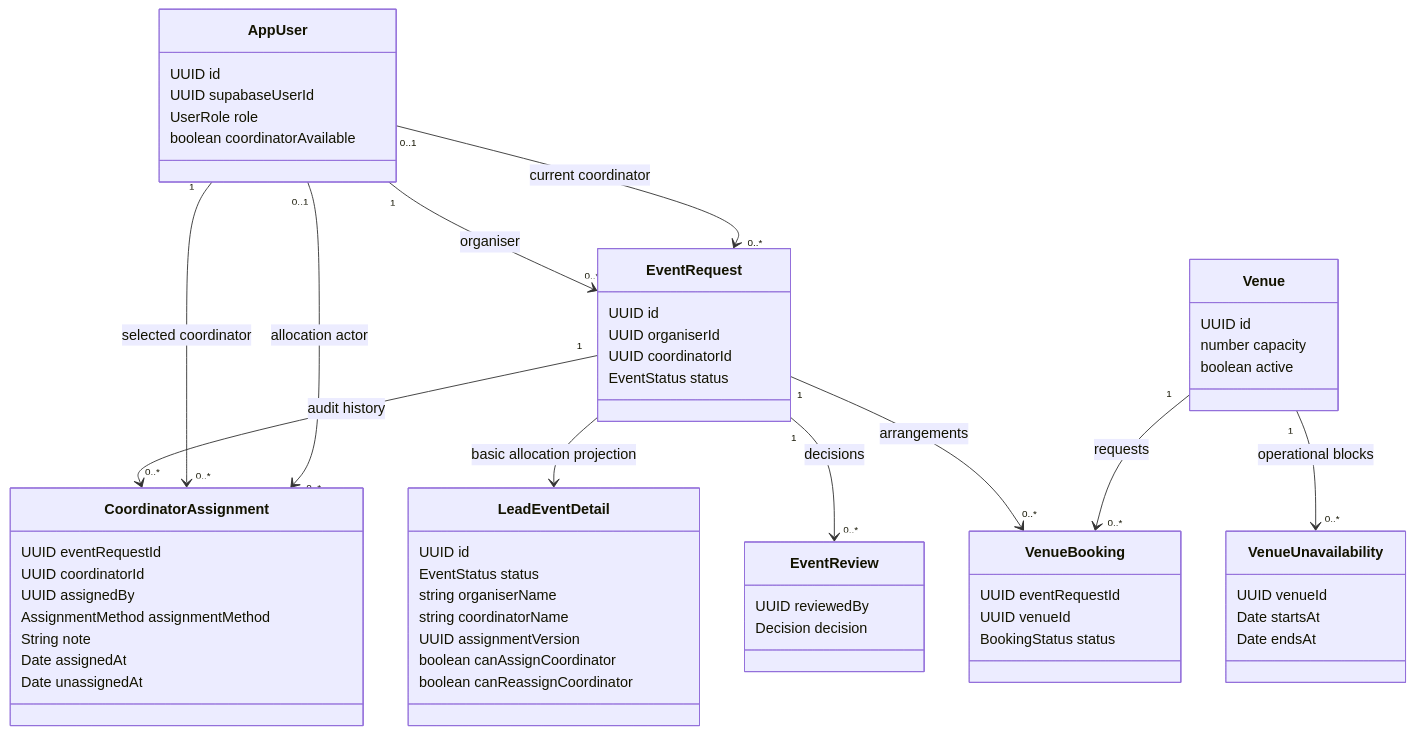
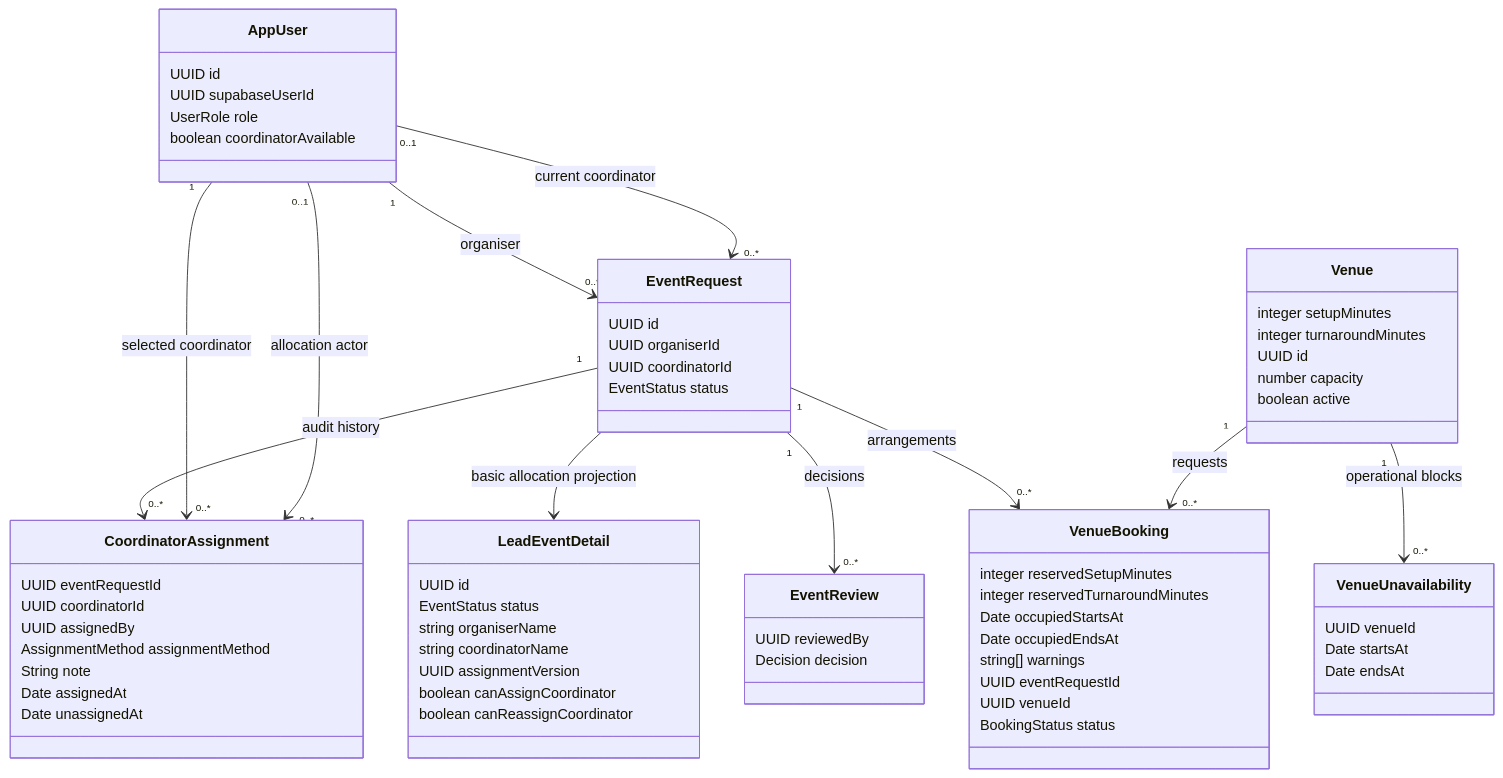
Before and after one commit to MochaLxtte/ConnectSphere: the fourth of 7 diagrams in docs/architecture/README.md, drawn with Mermaid. The commit also changed other lines of this file and 20 other files, not shown here.

````diff
--- a/docs/architecture/README.md
+++ b/docs/architecture/README.md
@@ -110,62 +110,69 @@
 ```mermaid
 classDiagram
   class AppUser {
     UUID id
     UUID supabaseUserId
     UserRole role
     boolean coordinatorAvailable
   }
   class EventRequest {
     UUID id
     UUID organiserId
     UUID coordinatorId
     EventStatus status
   }
   class CoordinatorAssignment {
     UUID eventRequestId
     UUID coordinatorId
     UUID assignedBy
     AssignmentMethod assignmentMethod
     String note
     Date assignedAt
     Date unassignedAt
   }
   class LeadEventDetail {
     UUID id
     EventStatus status
     string organiserName
     string coordinatorName
     UUID assignmentVersion
     boolean canAssignCoordinator
     boolean canReassignCoordinator
   }
   class EventReview {
     UUID reviewedBy
     Decision decision
   }
   class Venue {
+    integer setupMinutes
+    integer turnaroundMinutes
     UUID id
     number capacity
     boolean active
   }
   class VenueBooking {
+    integer reservedSetupMinutes
+    integer reservedTurnaroundMinutes
+    Date occupiedStartsAt
+    Date occupiedEndsAt
+    string[] warnings
     UUID eventRequestId
     UUID venueId
     BookingStatus status
   }
   class VenueUnavailability {
     UUID venueId
     Date startsAt
     Date endsAt
   }
   AppUser "1" --> "0..*" EventRequest : organiser
   AppUser "0..1" --> "0..*" EventRequest : current coordinator
   EventRequest "1" --> "0..*" CoordinatorAssignment : audit history
   AppUser "1" --> "0..*" CoordinatorAssignment : selected coordinator
   AppUser "0..1" --> "0..*" CoordinatorAssignment : allocation actor
   EventRequest --> LeadEventDetail : basic allocation projection
   EventRequest "1" --> "0..*" EventReview : decisions
   EventRequest "1" --> "0..*" VenueBooking : arrangements
   Venue "1" --> "0..*" VenueBooking : requests
   Venue "1" --> "0..*" VenueUnavailability : operational blocks
 ```
````
